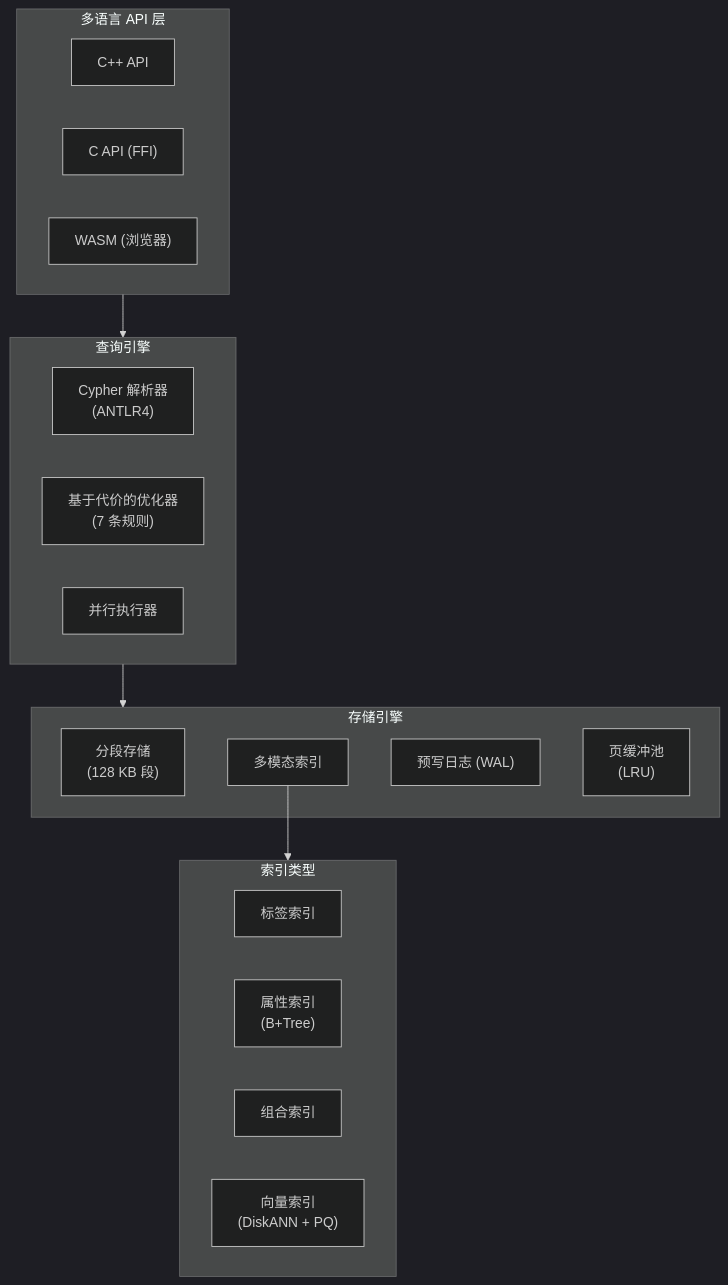
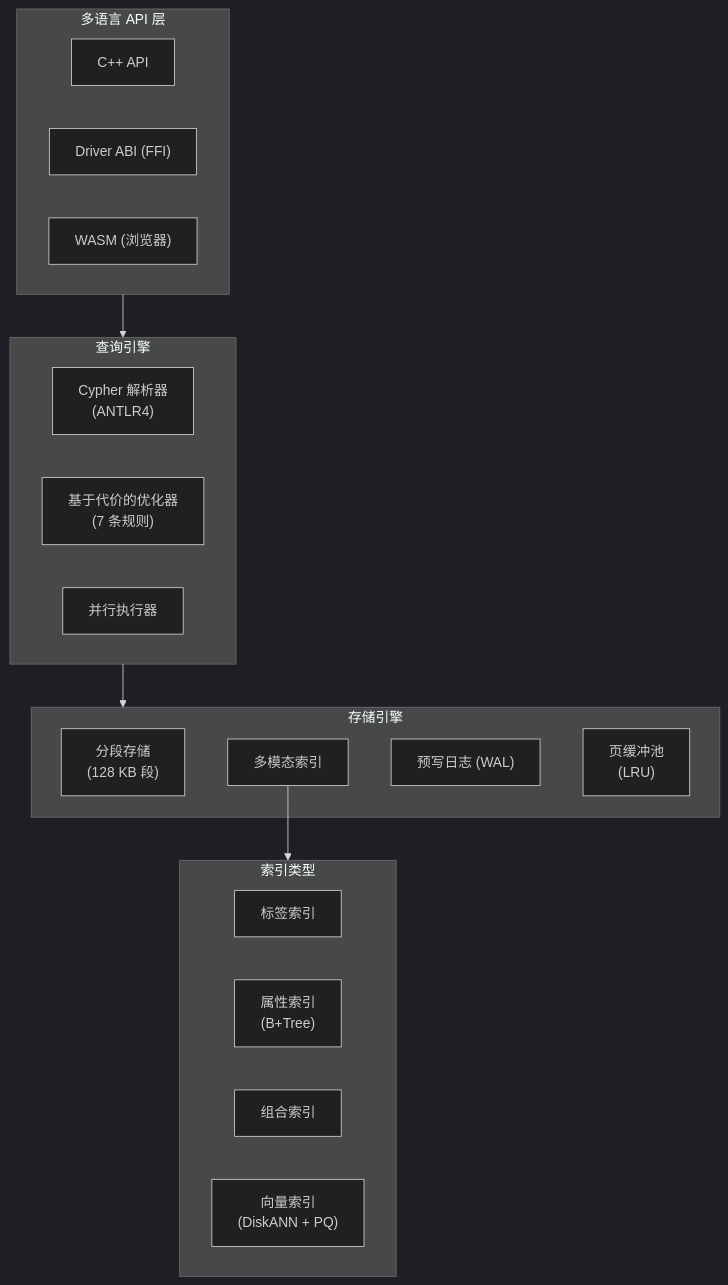
Before and after one commit to nexepic/zyx: the first of 4 diagrams in docs/apps/docs/content/docs/zh/zyx/user-guide/features.mdx, drawn with Mermaid (dark theme). The commit also changed other lines of this file and 88 other files, not shown here.

First line of the commit message:
Replace legacy C API with Driver ABI bindings

````diff
--- a/docs/apps/docs/content/docs/zh/zyx/user-guide/features.mdx
+++ b/docs/apps/docs/content/docs/zh/zyx/user-guide/features.mdx
@@ -23,33 +23,33 @@
 ```mermaid
 flowchart TB
   subgraph API["多语言 API 层"]
     CPP["C++ API"]
-    CAPI["C API (FFI)"]
+    DRIVER["Driver ABI (FFI)"]
     WASM["WASM (浏览器)"]
   end
 
   subgraph QE["查询引擎"]
     Parser["Cypher 解析器\n(ANTLR4)"]
     Optimizer["基于代价的优化器\n(7 条规则)"]
     Executor["并行执行器"]
   end
 
   subgraph Storage["存储引擎"]
     Segments["分段存储\n(128 KB 段)"]
     Indexes["多模态索引"]
     WAL["预写日志 (WAL)"]
     Cache["页缓冲池\n(LRU)"]
   end
 
   subgraph Indexes_Detail["索引类型"]
     LI["标签索引"]
     PI["属性索引\n(B+Tree)"]
     CI["组合索引"]
     VI["向量索引\n(DiskANN + PQ)"]
   end
 
   API --> QE
   QE --> Storage
   Indexes --> Indexes_Detail
 
 ```
````
